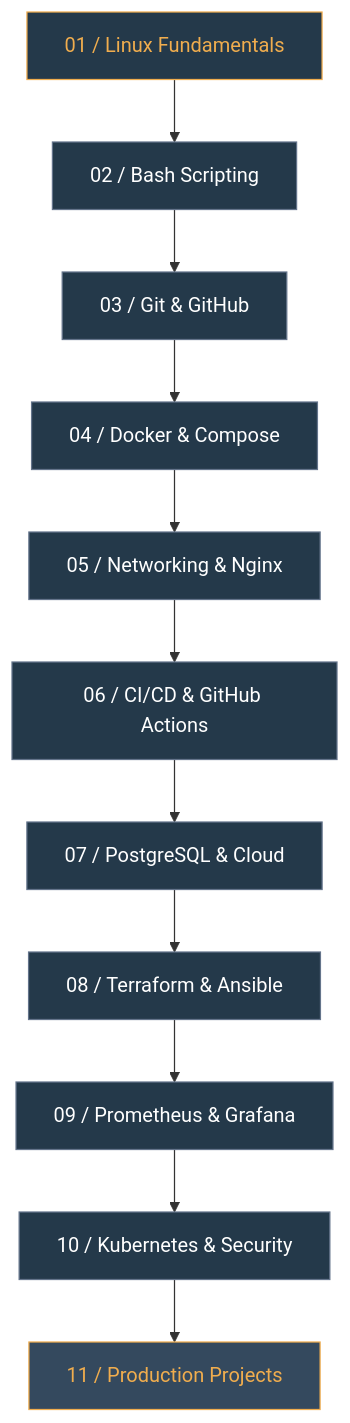
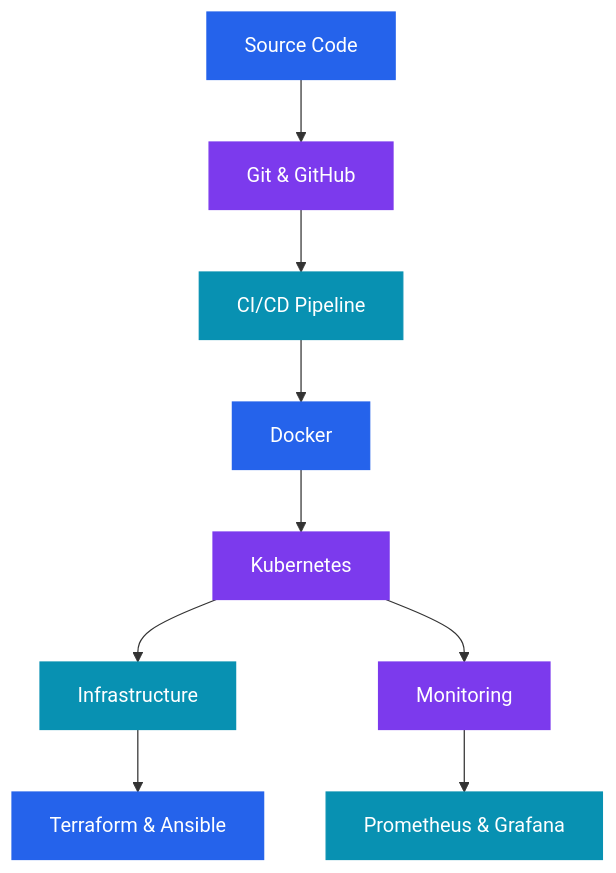
Before and after one commit to tmrzdmurod/tmrzdmurod: the diagram in README.md, drawn with Mermaid. The commit also changed other lines of this file, not shown here.

````diff
--- a/README.md
+++ b/README.md
@@ -113,25 +58,21 @@
 ```mermaid
 flowchart TD
-    A["01 / Linux Fundamentals"] --> B["02 / Bash Scripting"]
-    B --> C["03 / Git & GitHub"]
-    C --> D["04 / Docker & Compose"]
-    D --> E["05 / Networking & Nginx"]
-    E --> F["06 / CI/CD & GitHub Actions"]
-    F --> G["07 / PostgreSQL & Cloud"]
-    G --> H["08 / Terraform & Ansible"]
-    H --> I["09 / Prometheus & Grafana"]
-    I --> J["10 / Kubernetes & Security"]
-    J --> K["11 / Production Projects"]
+    A[Source Code] --> B[Git & GitHub]
+    B --> C[CI/CD Pipeline]
+    C --> D[Docker]
+    D --> E[Kubernetes]
+    E --> F[Infrastructure]
+    F --> G[Terraform & Ansible]
+    E --> H[Monitoring]
+    H --> I[Prometheus & Grafana]
 
-    style A fill:#24394A,color:#F0AD4E,stroke:#F0AD4E
-    style B fill:#24394A,color:#FFFFFF,stroke:#64748B
-    style C fill:#24394A,color:#FFFFFF,stroke:#64748B
-    style D fill:#24394A,color:#FFFFFF,stroke:#64748B
-    style E fill:#24394A,color:#FFFFFF,stroke:#64748B
-    style F fill:#24394A,color:#FFFFFF,stroke:#64748B
-    style G fill:#24394A,color:#FFFFFF,stroke:#64748B
-    style H fill:#24394A,color:#FFFFFF,stroke:#64748B
-    style I fill:#24394A,color:#FFFFFF,stroke:#64748B
-    style J fill:#24394A,color:#FFFFFF,stroke:#64748B
-    style K fill:#34495E,color:#F0AD4E,stroke:#F0AD4E
+    style A fill:#2563EB,color:#fff,stroke:#2563EB
+    style B fill:#7C3AED,color:#fff,stroke:#7C3AED
+    style C fill:#0891B2,color:#fff,stroke:#0891B2
+    style D fill:#2563EB,color:#fff,stroke:#2563EB
+    style E fill:#7C3AED,color:#fff,stroke:#7C3AED
+    style F fill:#0891B2,color:#fff,stroke:#0891B2
+    style G fill:#2563EB,color:#fff,stroke:#2563EB
+    style H fill:#7C3AED,color:#fff,stroke:#7C3AED
+    style I fill:#0891B2,color:#fff,stroke:#0891B2
 ```
````
